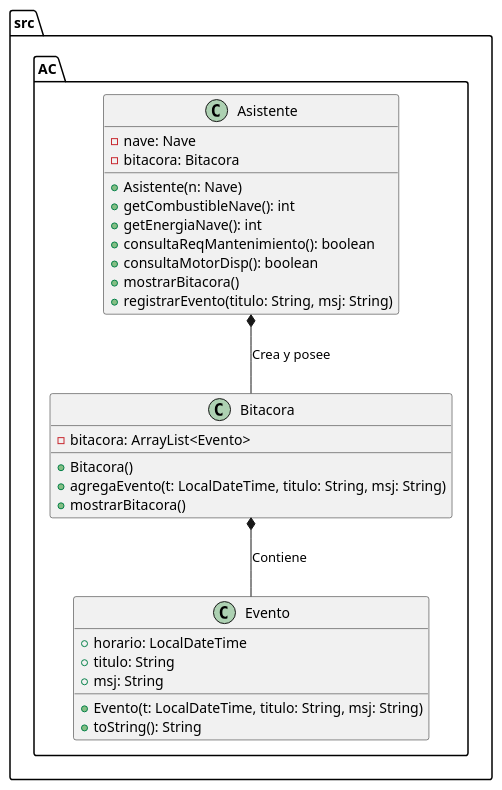
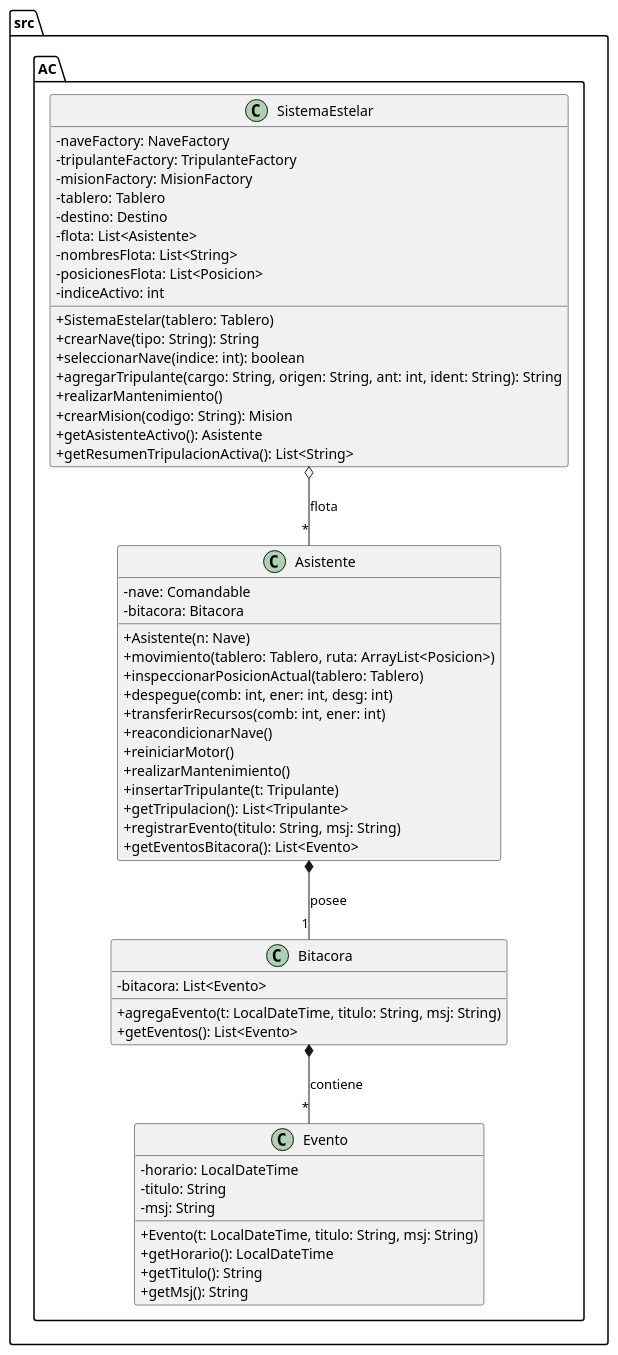
One commit to JoacoOlmos25/ProyectoProgra3-EmbarcadoDeNaveIntelestelar changed the diagram in TP/documentos/UMLs/AcUml.puml. Above: the diagram before and after it, drawn with PlantUML. The commit also changed 119 other files, not shown here.

```diff
--- a/TP/documentos/UMLs/AcUml.puml
+++ b/TP/documentos/UMLs/AcUml.puml
@@ -1,33 +1,62 @@
 @startuml
+skinparam classAttributeIconSize 0
+
 package src.AC {
+    class SistemaEstelar {
+        - naveFactory: NaveFactory
+        - tripulanteFactory: TripulanteFactory
+        - misionFactory: MisionFactory
+        - tablero: Tablero
+        - destino: Destino
+        - flota: List<Asistente>
+        - nombresFlota: List<String>
+        - posicionesFlota: List<Posicion>
+        - indiceActivo: int
+        + SistemaEstelar(tablero: Tablero)
+        + crearNave(tipo: String): String
+        + seleccionarNave(indice: int): boolean
+        + agregarTripulante(cargo: String, origen: String, ant: int, ident: String): String
+        + realizarMantenimiento()
+        + crearMision(codigo: String): Mision
+        + getAsistenteActivo(): Asistente
+        + getResumenTripulacionActiva(): List<String>
+    }
+
     class Asistente {
-        - nave: Nave
+        - nave: Comandable
         - bitacora: Bitacora
         + Asistente(n: Nave)
-        + getCombustibleNave(): int
-        + getEnergiaNave(): int
-        + consultaReqMantenimiento(): boolean
-        + consultaMotorDisp(): boolean
-        + mostrarBitacora()
+        + movimiento(tablero: Tablero, ruta: ArrayList<Posicion>)
+        + inspeccionarPosicionActual(tablero: Tablero)
+        + despegue(comb: int, ener: int, desg: int)
+        + transferirRecursos(comb: int, ener: int)
+        + reacondicionarNave()
+        + reiniciarMotor()
+        + realizarMantenimiento()
+        + insertarTripulante(t: Tripulante)
+        + getTripulacion(): List<Tripulante>
         + registrarEvento(titulo: String, msj: String)
+        + getEventosBitacora(): List<Evento>
     }
 
     class Bitacora {
-        - bitacora: ArrayList<Evento>
-        + Bitacora()
+        - bitacora: List<Evento>
         + agregaEvento(t: LocalDateTime, titulo: String, msj: String)
-        + mostrarBitacora()
+        + getEventos(): List<Evento>
     }
 
     class Evento {
-        + horario: LocalDateTime
-        + titulo: String
-        + msj: String
+        - horario: LocalDateTime
+        - titulo: String
+        - msj: String
         + Evento(t: LocalDateTime, titulo: String, msj: String)
-        + toString(): String
+        + getHorario(): LocalDateTime
+        + getTitulo(): String
+        + getMsj(): String
     }
 
-    Asistente *-- Bitacora : "Crea y posee"
-    Bitacora *-- Evento : "Contiene"
+    SistemaEstelar o-- "*" Asistente : "flota"
+    Asistente *-- "1" Bitacora : "posee"
+    Bitacora *-- "*" Evento : "contiene"
 }
 @enduml
```
